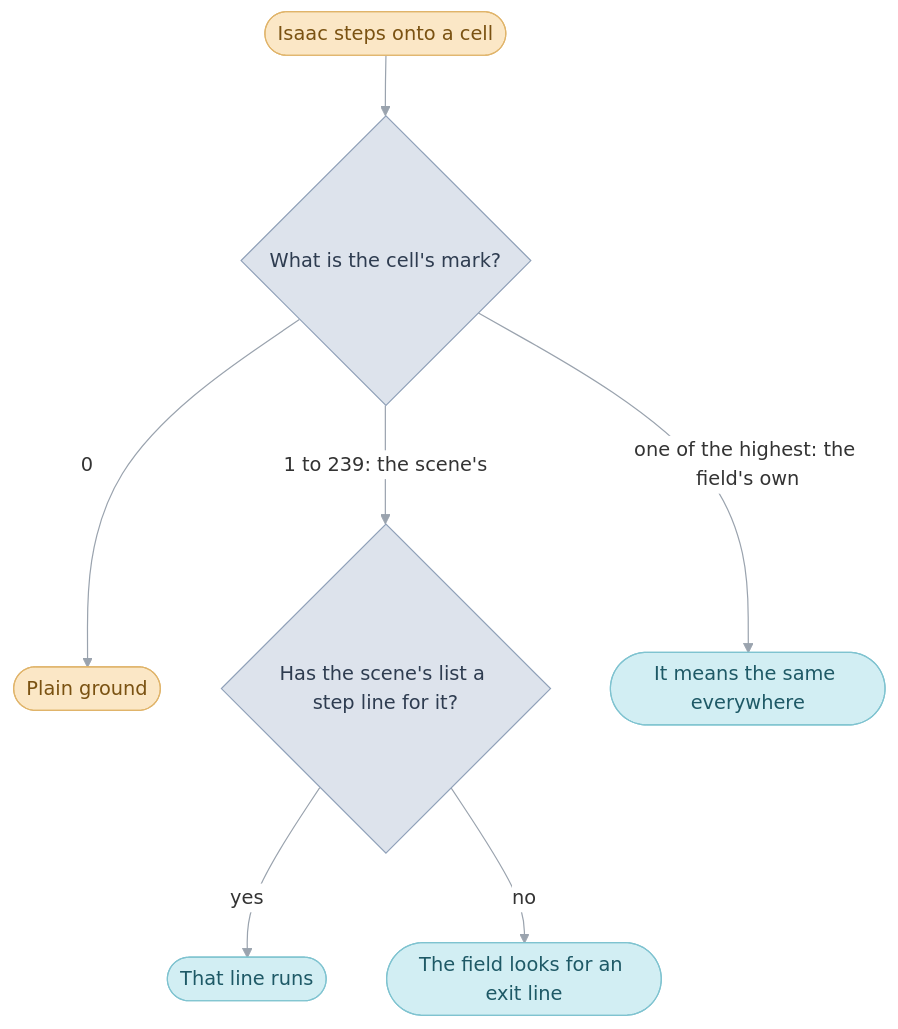
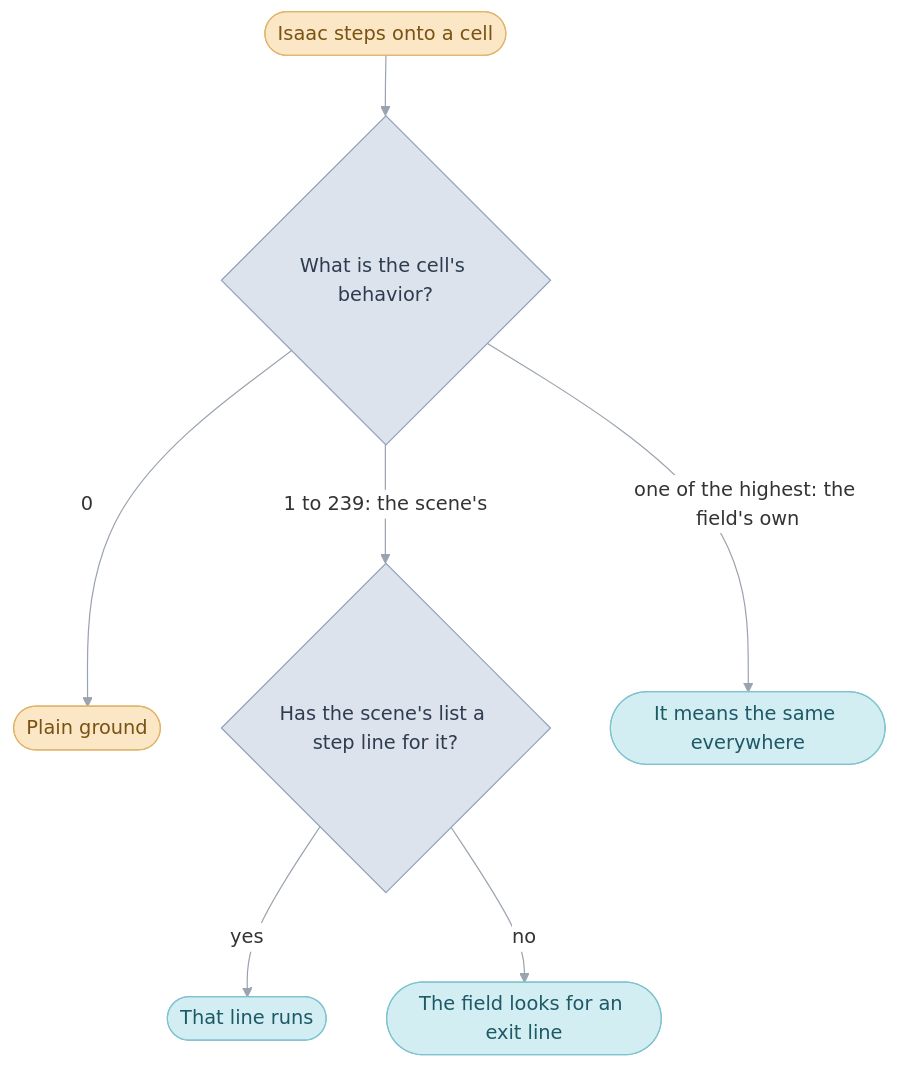
Before and after one commit to PascalPixel/alchemy: the fifth of 7 diagrams in games/tbs/src/field/README.md, drawn with Mermaid. The commit also changed other lines of this file and 20 other files, not shown here.

````diff
--- a/games/tbs/src/field/README.md
+++ b/games/tbs/src/field/README.md
@@ -807,16 +806,16 @@
 ```mermaid
 %%{init: {"theme": "base", "themeVariables": {"lineColor": "#9AA3AE", "edgeLabelBackground": "#FFFFFF"}, "flowchart": {"curve": "basis", "padding": 12}}}%%
 flowchart TD
-  step(["Isaac steps onto a cell"]) --> mark{"What is the cell's mark?"}
-  mark -- "0" --> plain(["Plain ground"])
-  mark -- "1 to 239: the scene's" --> line{"Has the scene's list a step line for it?"}
+  step(["Isaac steps onto a cell"]) --> behavior{"What is the cell's behavior?"}
+  behavior -- "0" --> plain(["Plain ground"])
+  behavior -- "1 to 239: the scene's" --> line{"Has the scene's list a step line for it?"}
   line -- "yes" --> run(["That line runs"])
   line -- "no" --> exit(["The field looks for an exit line"])
-  mark -- "one of the highest: the field's own" --> own(["It means the same everywhere"])
+  behavior -- "one of the highest: the field's own" --> own(["It means the same everywhere"])
   classDef frame fill:#FBE7C6,stroke:#E0B46A,color:#7A5212
   classDef code fill:#DDE3EC,stroke:#8FA0B8,color:#2E3C50
   classDef sequence fill:#D2EEF3,stroke:#7FC3D0,color:#1E5966
   class step,plain frame
-  class mark,line code
+  class behavior,line code
   class run,exit,own sequence
 ```
````
